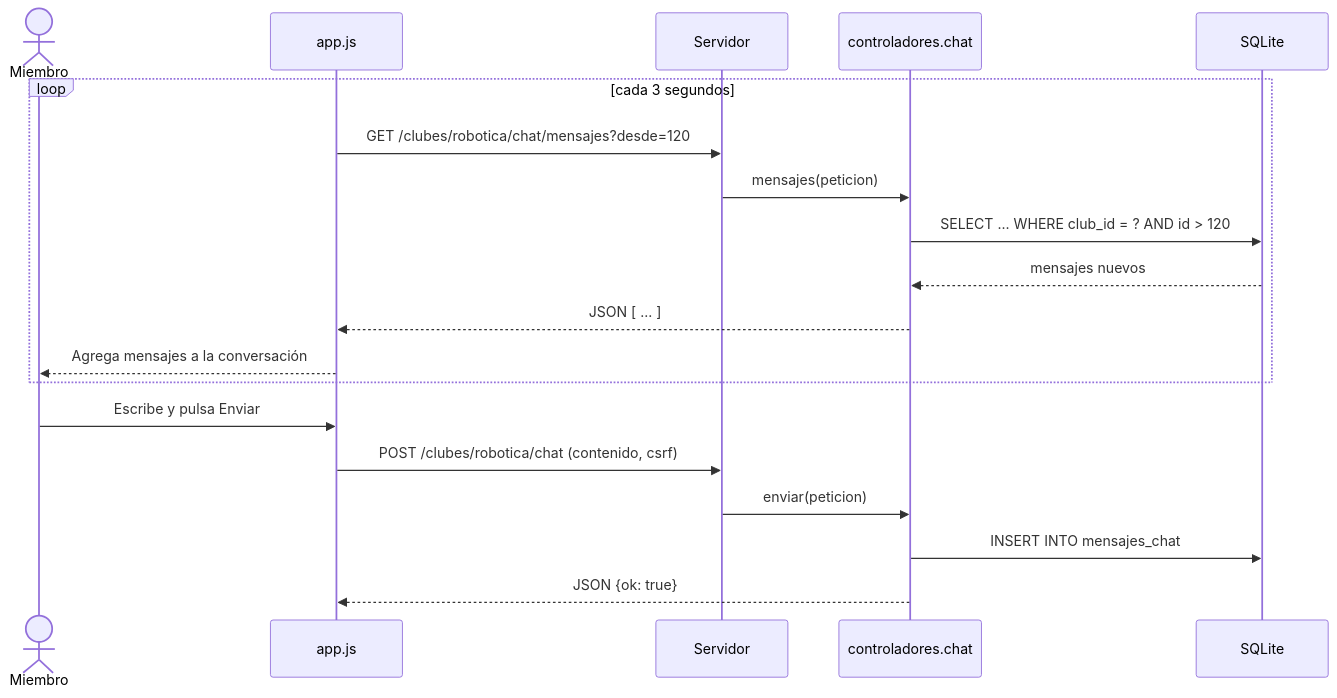
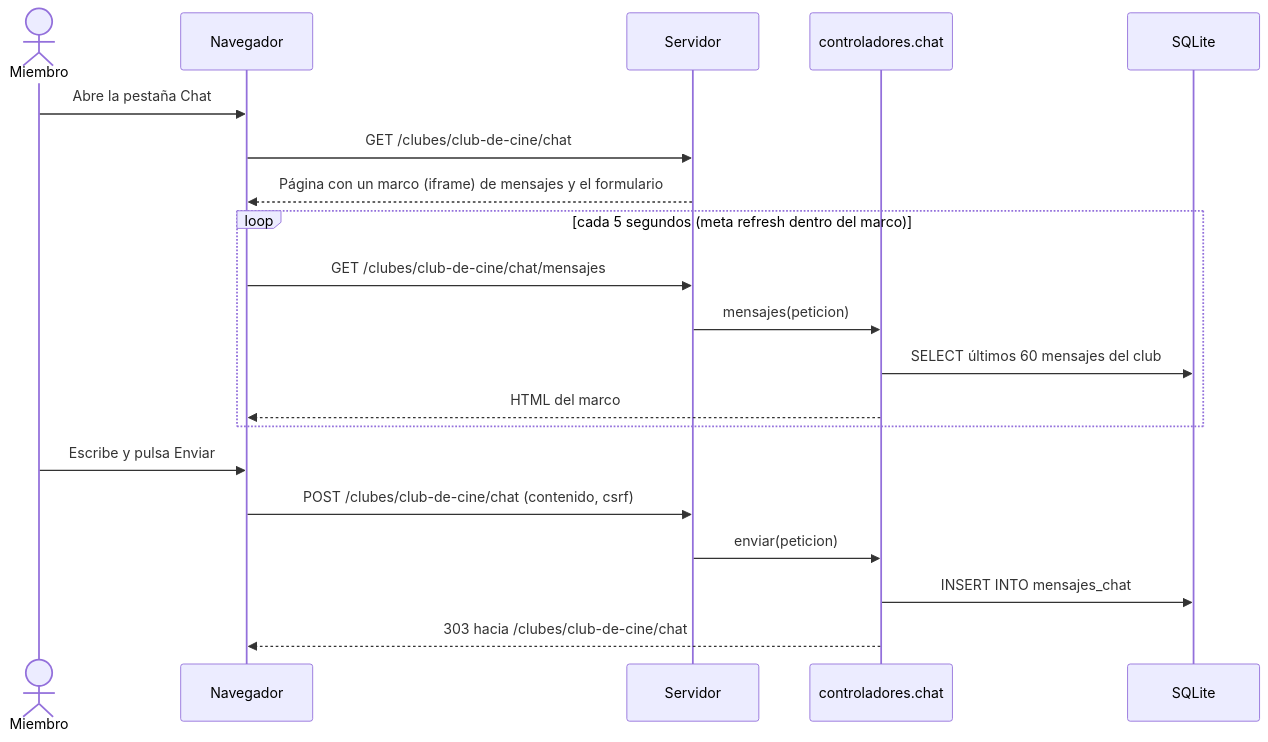
Before and after one commit to Lis-carl/Vortex_club-s: the sixth of 11 diagrams in docs/04_modelado_uml.md, drawn with Mermaid. The commit also changed other lines of this file and 61 other files, not shown here.

````diff
--- a/docs/04_modelado_uml.md
+++ b/docs/04_modelado_uml.md
@@ -334,22 +336,23 @@
 ```mermaid
 sequenceDiagram
     actor U as Miembro
-    participant JS as app.js
+    participant N as Navegador
     participant S as Servidor
     participant Ch as controladores.chat
     participant BD as SQLite
 
-    loop cada 3 segundos
-        JS->>S: GET /clubes/robotica/chat/mensajes?desde=120
+    U->>N: Abre la pestaña Chat
+    N->>S: GET /clubes/club-de-cine/chat
+    S-->>N: Página con un marco (iframe) de mensajes y el formulario
+    loop cada 5 segundos (meta refresh dentro del marco)
+        N->>S: GET /clubes/club-de-cine/chat/mensajes
         S->>Ch: mensajes(peticion)
-        Ch->>BD: SELECT ... WHERE club_id = ? AND id > 120
-        BD-->>Ch: mensajes nuevos
-        Ch-->>JS: JSON [ ... ]
-        JS-->>U: Agrega mensajes a la conversación
+        Ch->>BD: SELECT últimos 60 mensajes del club
+        Ch-->>N: HTML del marco
     end
-    U->>JS: Escribe y pulsa Enviar
-    JS->>S: POST /clubes/robotica/chat (contenido, csrf)
+    U->>N: Escribe y pulsa Enviar
+    N->>S: POST /clubes/club-de-cine/chat (contenido, csrf)
     S->>Ch: enviar(peticion)
     Ch->>BD: INSERT INTO mensajes_chat
-    Ch-->>JS: JSON {ok: true}
+    Ch-->>N: 303 hacia /clubes/club-de-cine/chat
 ```
````
